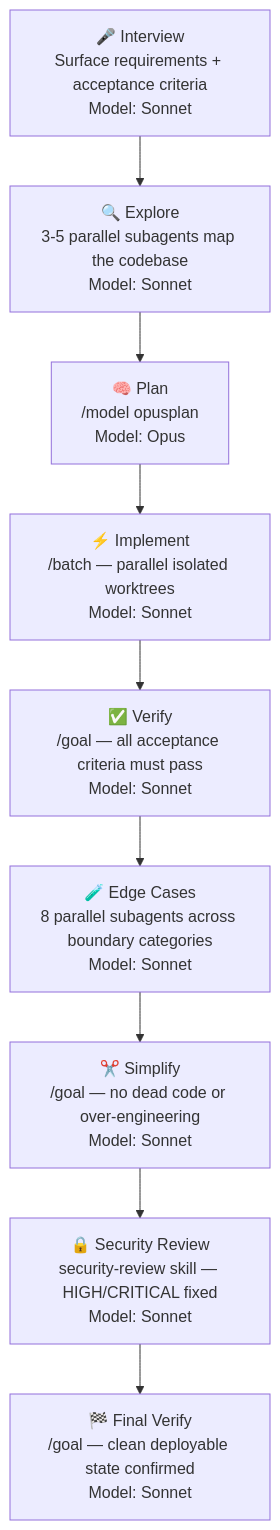
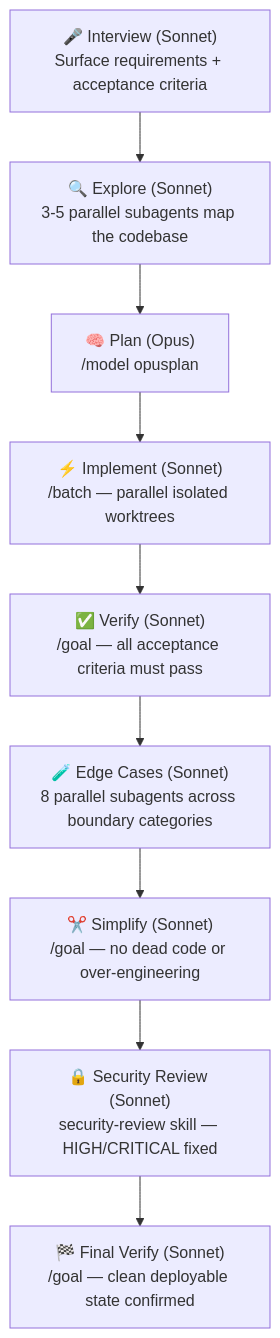
The diagram in README.md (amajorai/ship.md), drawn with Mermaid before and after one commit.

Commit message:
Move model name inline with phase name in diagram

````diff
--- a/README.md
+++ b/README.md
@@ -5,11 +5,11 @@
 ```mermaid
 flowchart TD
-    A["🎤 Interview\nSurface requirements + acceptance criteria\nModel: Sonnet"] --> B["🔍 Explore\n3-5 parallel subagents map the codebase\nModel: Sonnet"]
-    B --> C["🧠 Plan\n/model opusplan\nModel: Opus"]
-    C --> D["⚡ Implement\n/batch — parallel isolated worktrees\nModel: Sonnet"]
-    D --> E["✅ Verify\n/goal — all acceptance criteria must pass\nModel: Sonnet"]
-    E --> F["🧪 Edge Cases\n8 parallel subagents across boundary categories\nModel: Sonnet"]
-    F --> G["✂️ Simplify\n/goal — no dead code or over-engineering\nModel: Sonnet"]
-    G --> H["🔒 Security Review\nsecurity-review skill — HIGH/CRITICAL fixed\nModel: Sonnet"]
-    H --> I["🏁 Final Verify\n/goal — clean deployable state confirmed\nModel: Sonnet"]
+    A["🎤 Interview (Sonnet)\nSurface requirements + acceptance criteria"] --> B["🔍 Explore (Sonnet)\n3-5 parallel subagents map the codebase"]
+    B --> C["🧠 Plan (Opus)\n/model opusplan"]
+    C --> D["⚡ Implement (Sonnet)\n/batch — parallel isolated worktrees"]
+    D --> E["✅ Verify (Sonnet)\n/goal — all acceptance criteria must pass"]
+    E --> F["🧪 Edge Cases (Sonnet)\n8 parallel subagents across boundary categories"]
+    F --> G["✂️ Simplify (Sonnet)\n/goal — no dead code or over-engineering"]
+    G --> H["🔒 Security Review (Sonnet)\nsecurity-review skill — HIGH/CRITICAL fixed"]
+    H --> I["🏁 Final Verify (Sonnet)\n/goal — clean deployable state confirmed"]
 ```
````
